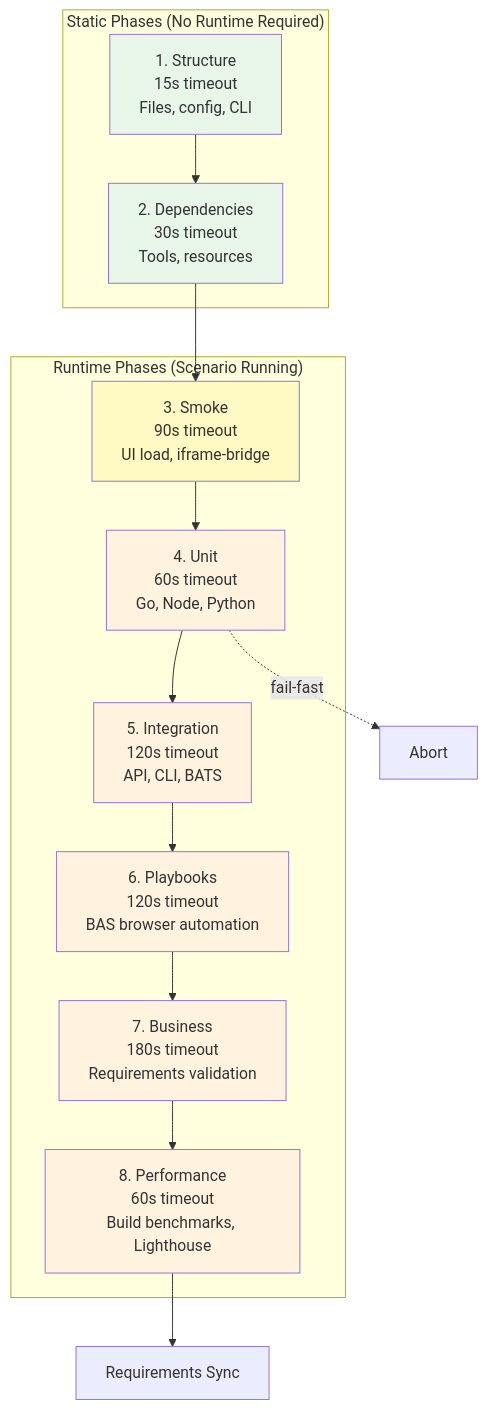
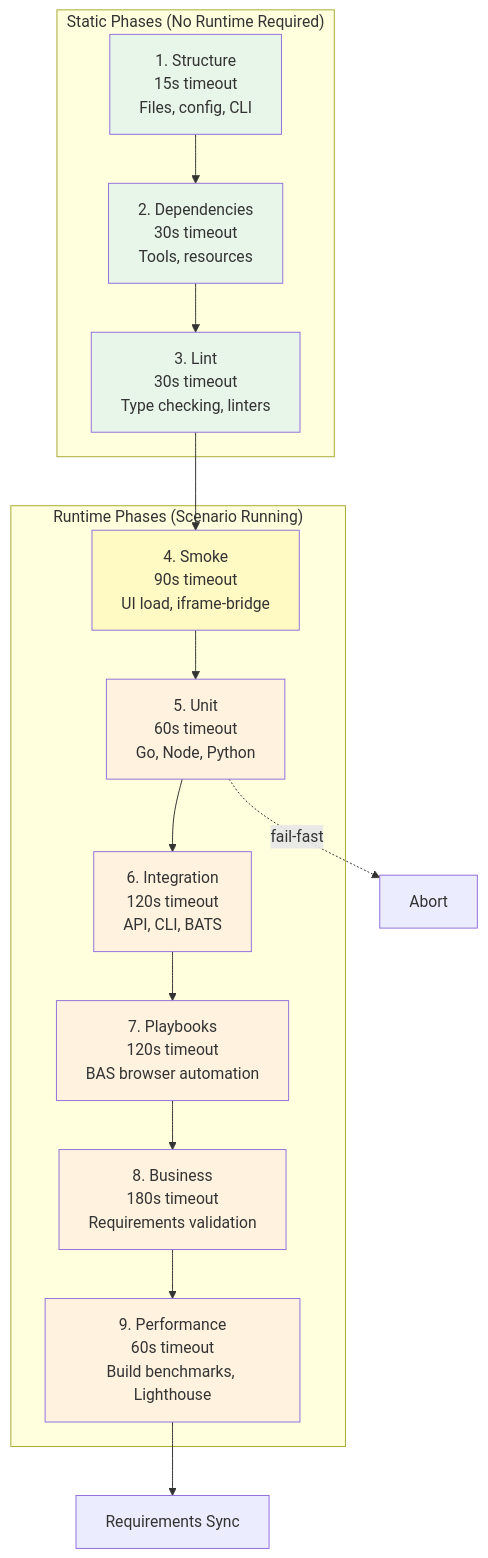
One commit to Vrooli/Vrooli changed the diagram in scenarios/test-genie/docs/phases/README.md. Above: the diagram before and after it, drawn with Mermaid. The commit also changed other lines of this file and 30 other files, not shown here.

````diff
--- a/scenarios/test-genie/docs/phases/README.md
+++ b/scenarios/test-genie/docs/phases/README.md
@@ -7,30 +7,32 @@
 ```mermaid
 graph TB
     subgraph "Static Phases (No Runtime Required)"
         P1[1. Structure<br/>15s timeout<br/>Files, config, CLI]
         P2[2. Dependencies<br/>30s timeout<br/>Tools, resources]
+        P3[3. Lint<br/>30s timeout<br/>Type checking, linters]
     end
 
     subgraph "Runtime Phases (Scenario Running)"
-        P3[3. Smoke<br/>90s timeout<br/>UI load, iframe-bridge]
-        P4[4. Unit<br/>60s timeout<br/>Go, Node, Python]
-        P5[5. Integration<br/>120s timeout<br/>API, CLI, BATS]
-        P6[6. Playbooks<br/>120s timeout<br/>BAS browser automation]
-        P7[7. Business<br/>180s timeout<br/>Requirements validation]
-        P8[8. Performance<br/>60s timeout<br/>Build benchmarks, Lighthouse]
+        P4[4. Smoke<br/>90s timeout<br/>UI load, iframe-bridge]
+        P5[5. Unit<br/>60s timeout<br/>Go, Node, Python]
+        P6[6. Integration<br/>120s timeout<br/>API, CLI, BATS]
+        P7[7. Playbooks<br/>120s timeout<br/>BAS browser automation]
+        P8[8. Business<br/>180s timeout<br/>Requirements validation]
+        P9[9. Performance<br/>60s timeout<br/>Build benchmarks, Lighthouse]
     end
 
-    P1 --> P2 --> P3 --> P4 --> P5 --> P6 --> P7 --> P8
+    P1 --> P2 --> P3 --> P4 --> P5 --> P6 --> P7 --> P8 --> P9
 
-    P4 -.->|fail-fast| ABORT[Abort]
-    P8 --> SYNC[Requirements Sync]
+    P5 -.->|fail-fast| ABORT[Abort]
+    P9 --> SYNC[Requirements Sync]
 
     style P1 fill:#e8f5e9
     style P2 fill:#e8f5e9
-    style P3 fill:#fff9c4
-    style P4 fill:#fff3e0
+    style P3 fill:#e8f5e9
+    style P4 fill:#fff9c4
     style P5 fill:#fff3e0
     style P6 fill:#fff3e0
     style P7 fill:#fff3e0
     style P8 fill:#fff3e0
+    style P9 fill:#fff3e0
 ```
````
